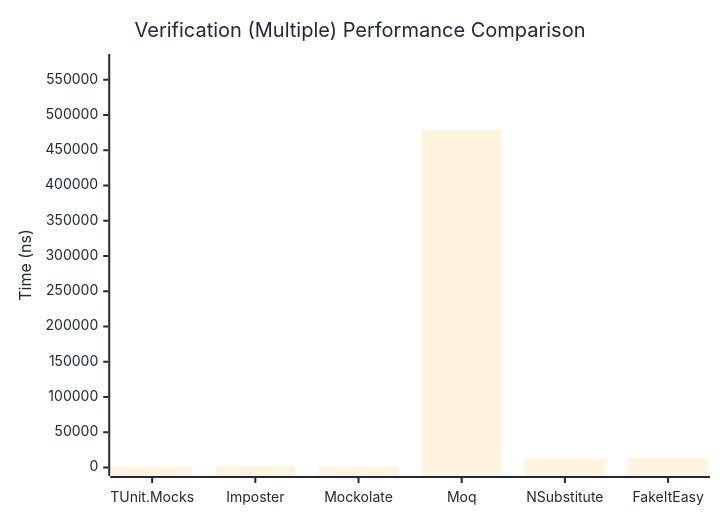
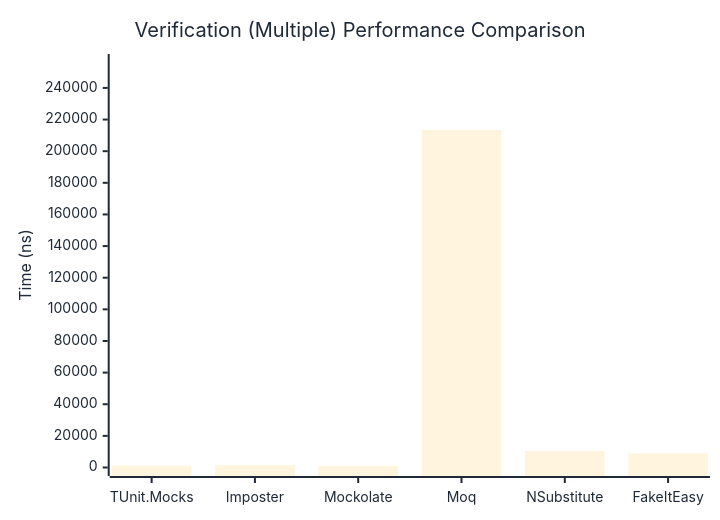
The third of 3 diagrams in docs/docs/benchmarks/mocks/Verification.md (thomhurst/TUnit), drawn with Mermaid before and after one commit. The commit also changed other lines of this file and 14 other files, not shown here.

````diff
--- a/docs/docs/benchmarks/mocks/Verification.md
+++ b/docs/docs/benchmarks/mocks/Verification.md
@@ -112,27 +112,27 @@
 ```mermaid
 %%{init: {
   'theme':'base',
   'themeVariables': {
     'primaryColor': '#2563eb',
     'primaryTextColor': '#1f2937',
     'primaryBorderColor': '#1e40af',
     'lineColor': '#6b7280',
     'secondaryColor': '#7c3aed',
     'tertiaryColor': '#dc2626',
     'background': '#ffffff',
     'pie1': '#2563eb',
     'pie2': '#7c3aed',
     'pie3': '#dc2626',
     'pie4': '#f59e0b',
     'pie5': '#10b981',
     'pie6': '#06b6d4',
     'pie7': '#ec4899',
     'pie8': '#6366f1'
   }
 }}%%
 xychart-beta
   title "Verification (Multiple) Performance Comparison"
   x-axis ["TUnit.Mocks", "Imposter", "Mockolate", "Moq", "NSubstitute", "FakeItEasy"]
-  y-axis "Time (ns)" 0 --> 574450
-  bar [1289.06, 1683.02, 1046.61, 478707.6, 12293.73, 12915.06]
+  y-axis "Time (ns)" 0 --> 256073
+  bar [1150.98, 1437.64, 926.6, 213394.08, 10480.34, 8887.83]
 ```
````
